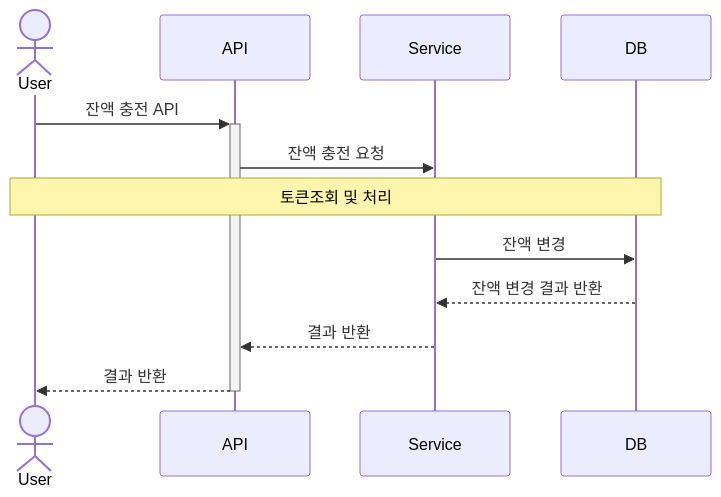
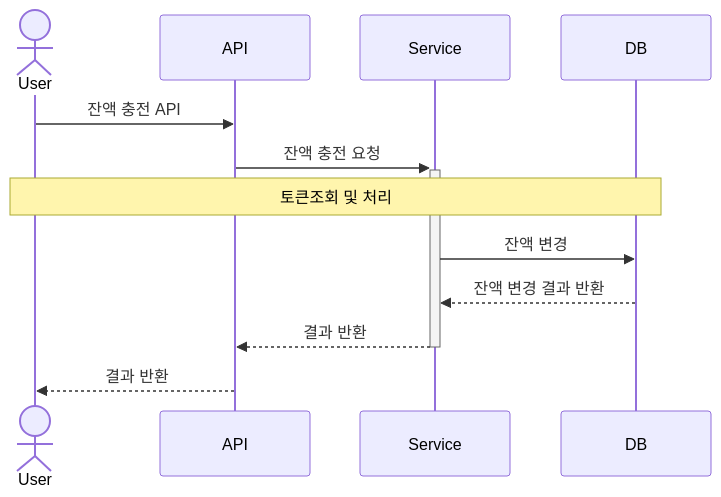
Before and after one commit to hyunn12/concert-reservation: the fifth of 7 diagrams in docs/SequenceDiagram.md, drawn with Mermaid. The commit also changed other lines of this file and 1 other file, not shown here.

Commit message:
refactor: 시퀀스 다이어그램 activation bar 위치 수정 [#3]

````diff
--- a/docs/SequenceDiagram.md
+++ b/docs/SequenceDiagram.md
@@ -86,14 +86,14 @@
 ```mermaid
 sequenceDiagram
     actor User
     
-    User->>+API: 잔액 충전 API
-    API->>Service: 잔액 충전 요청
+    User->>API: 잔액 충전 API
+    API->>+Service: 잔액 충전 요청
 
     Note over User, DB: 토큰조회 및 처리
 
     Service->>DB: 잔액 변경
     DB-->>Service: 잔액 변경 결과 반환
-    Service-->>API: 결과 반환
-    API-->>-User: 결과 반환
+    Service-->>-API: 결과 반환
+    API-->>User: 결과 반환
 ```
````
